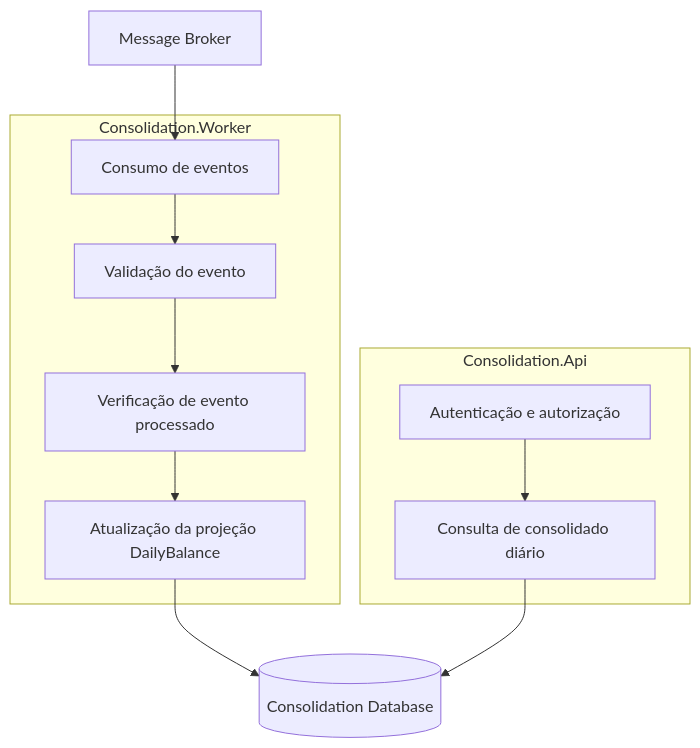
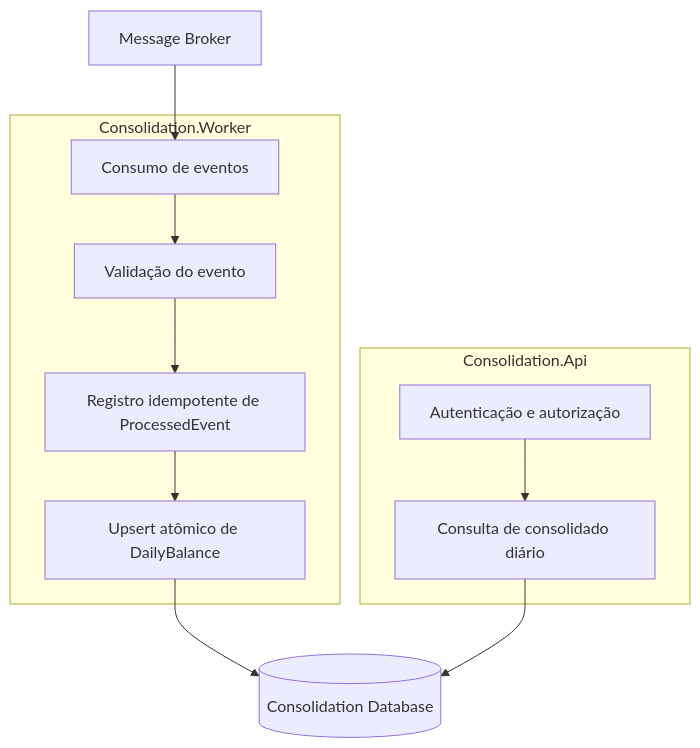
Before and after one commit to LeandroVarga/banco-carrefour: the fourth of 9 diagrams in docs/architecture/06-diagramas.md, drawn with Mermaid. The commit also changed other lines of this file and 15 other files, not shown here.

````diff
--- a/docs/architecture/06-diagramas.md
+++ b/docs/architecture/06-diagramas.md
@@ -123,26 +123,26 @@
 ```mermaid
 flowchart TB
     broker["Message Broker"]
 
     subgraph worker["Consolidation.Worker"]
-        eventConsumer["Consumo de eventos"]
-        eventValidation["Validação do evento"]
-        processedCheck["Verificação de evento processado"]
-        projectionUpdater["Atualização da projeção DailyBalance"]
+    eventConsumer["Consumo de eventos"]
+    eventValidation["Validação do evento"]
+        processedEvent["Registro idempotente de ProcessedEvent"]
+        projectionUpdater["Upsert atômico de DailyBalance"]
     end
 
     subgraph api["Consolidation.Api"]
         auth["Autenticação e autorização"]
         queryHandler["Consulta de consolidado diário"]
     end
 
     consolidationDb[("Consolidation Database")]
 
     broker --> eventConsumer
     eventConsumer --> eventValidation
-    eventValidation --> processedCheck
-    processedCheck --> projectionUpdater
+    eventValidation --> processedEvent
+    processedEvent --> projectionUpdater
     projectionUpdater --> consolidationDb
     auth --> queryHandler
     queryHandler --> consolidationDb
 ```
````
